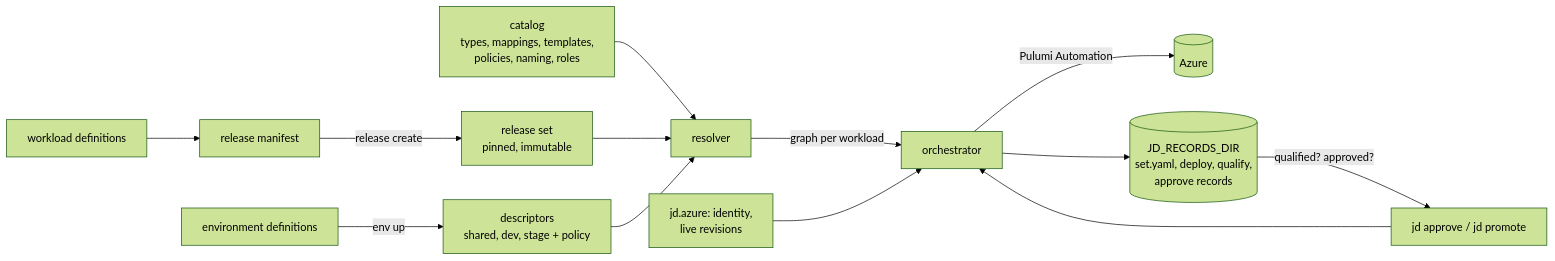
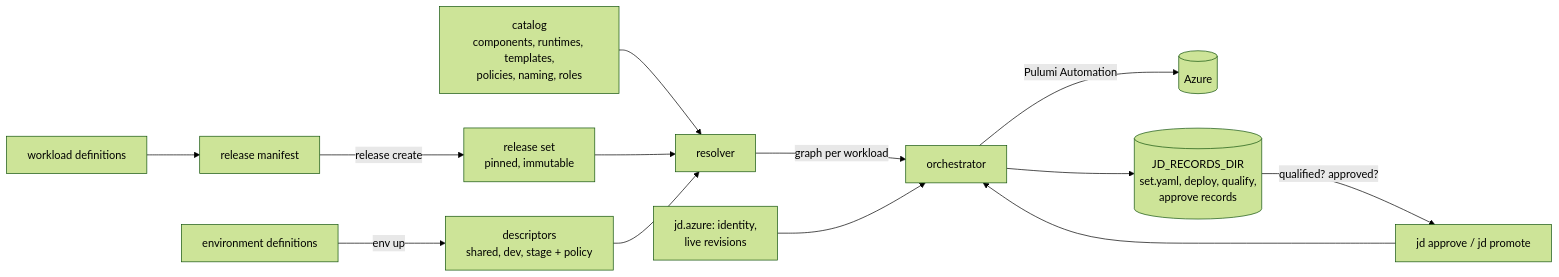
The first of 2 diagrams in docs/walkthrough.md (sleepyshark85/just-deliver), drawn with Mermaid (forest theme) before and after one commit. The commit also changed other lines of this file and 60 other files, not shown here.

First line of the commit message:
feat: components and runtimes replace types and mappings (S21b) (#57)

````diff
--- a/docs/walkthrough.md
+++ b/docs/walkthrough.md
@@ -22,13 +22,13 @@
 ```mermaid
 flowchart LR
   W[workload definitions] --> M[release manifest] -->|release create| S[release set<br/>pinned, immutable]
   ED[environment definitions] -->|env up| D[descriptors<br/>shared, dev, stage + policy]
-  C[catalog<br/>types, mappings, templates,<br/>policies, naming, roles] --> R
+  C[catalog<br/>components, runtimes, templates,<br/>policies, naming, roles] --> R
   S --> R[resolver] 
   D --> R
   R -->|graph per workload| O[orchestrator] -->|Pulumi Automation| AZ[(Azure)]
   O --> REC[(JD_RECORDS_DIR<br/>set.yaml, deploy, qualify,<br/>approve records)]
   JA[jd.azure: identity,<br/>live revisions] --> O
   REC -->|qualified? approved?| P[jd approve / jd promote]
   P --> O
 ```
````
